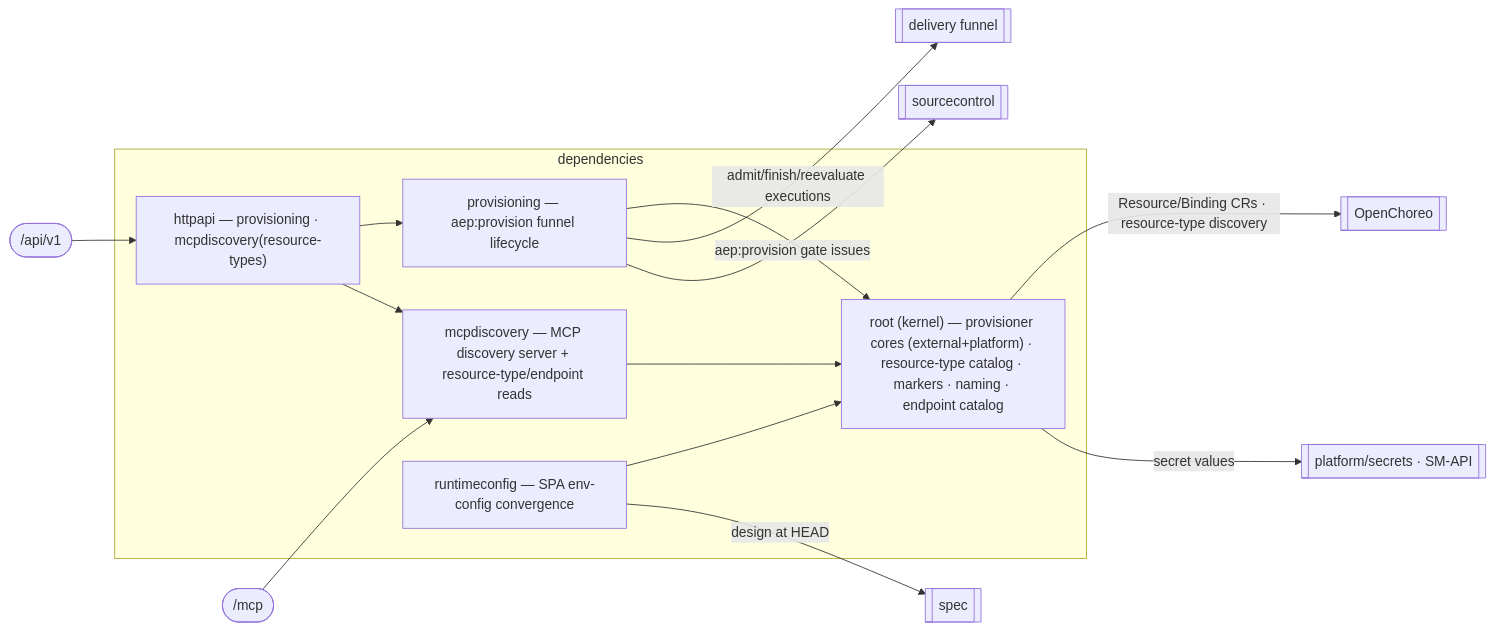
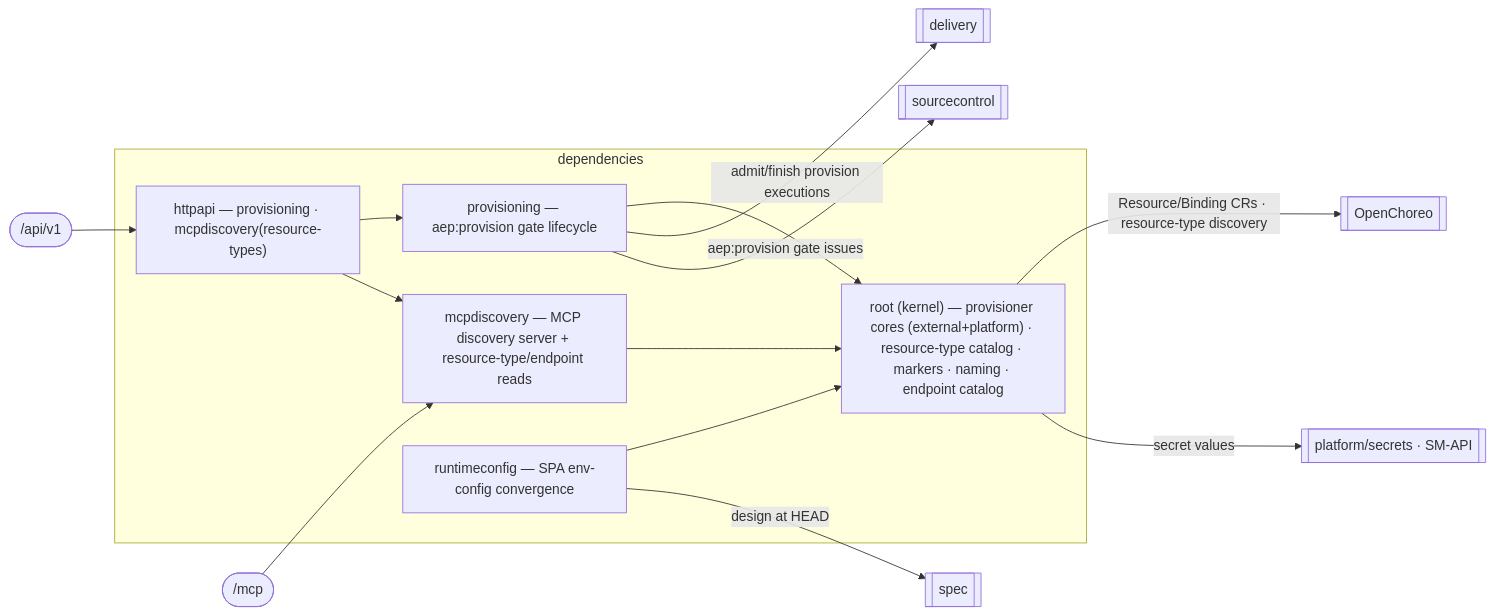
One commit to KCSAbeywickrama/labs-agentic-engineer changed the diagram in services/aep-api/internal/dependencies/README.md. Above: the diagram before and after it, drawn with Mermaid. The commit also changed other lines of this file and 402 other files, not shown here.

````diff
--- a/services/aep-api/internal/dependencies/README.md
+++ b/services/aep-api/internal/dependencies/README.md
@@ -11,22 +12,22 @@
 ```mermaid
 flowchart LR
   API(["/api/v1"]) --> HTTP
   MCP(["/mcp"]) --> DISC
   subgraph dependencies
     HTTP["httpapi — provisioning · mcpdiscovery(resource-types)"]
     ROOT["root (kernel) — provisioner cores (external+platform) · resource-type catalog · markers · naming · endpoint catalog"]
-    PROV["provisioning — aep:provision funnel lifecycle"]
+    PROV["provisioning — aep:provision gate lifecycle"]
     RC["runtimeconfig — SPA env-config convergence"]
     DISC["mcpdiscovery — MCP discovery server + resource-type/endpoint reads"]
     HTTP --> PROV
     HTTP --> DISC
     PROV --> ROOT
     RC --> ROOT
     DISC --> ROOT
   end
   ROOT -->|Resource/Binding CRs · resource-type discovery| OC[[OpenChoreo]]
   ROOT -->|secret values| SM[[platform/secrets · SM-API]]
-  PROV -->|admit/finish/reevaluate executions| DEL[[delivery funnel]]
+  PROV -->|admit/finish provision executions| DEL[[delivery]]
   PROV -->|aep:provision gate issues| SC[[sourcecontrol]]
   RC -->|design at HEAD| SPEC[[spec]]
 ```
````
